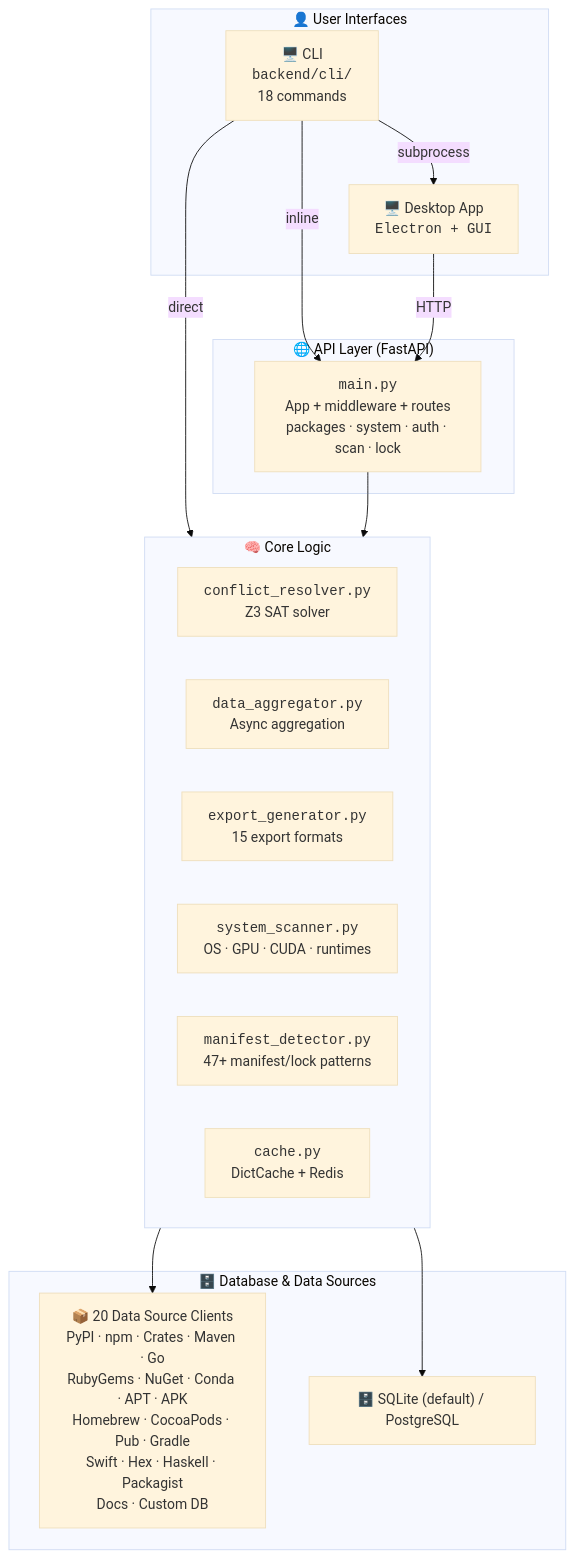
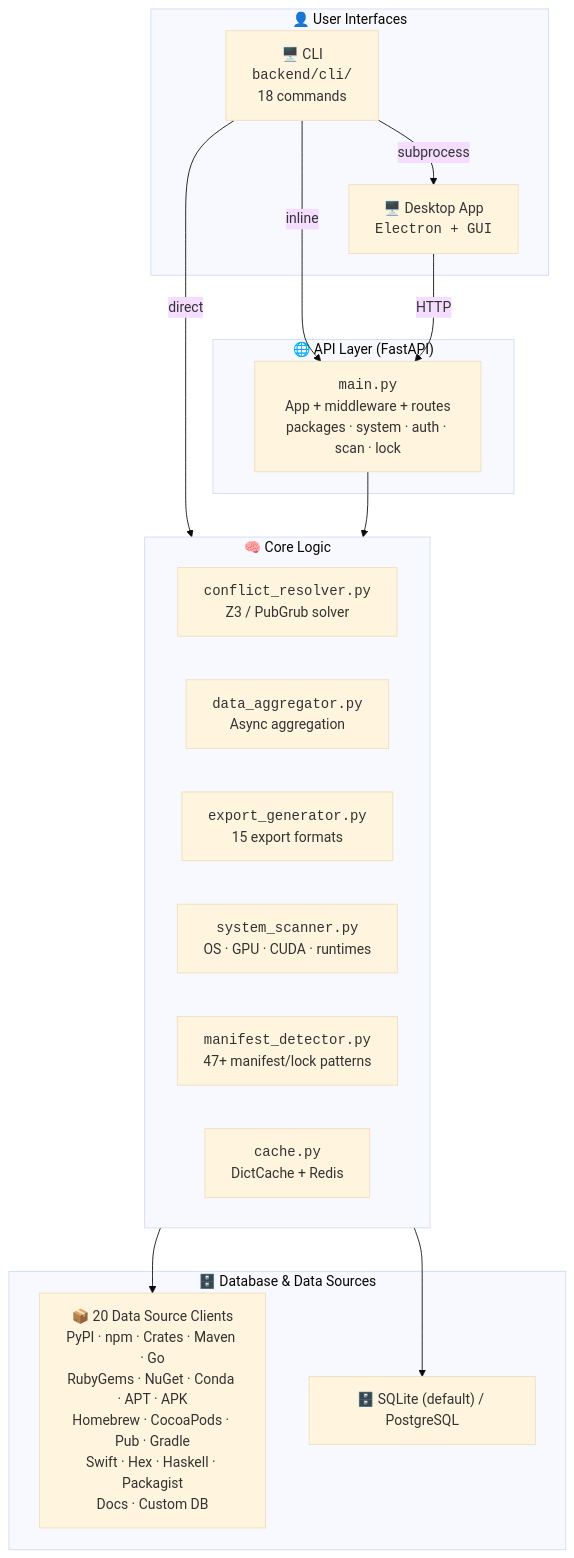
One commit to code-with-zeeshan/universal-dependency-resolver changed the second of 2 diagrams in docs/USER_GUIDE.md. Above: the diagram before and after it, drawn with Mermaid (base theme). The commit also changed other lines of this file and 154 other files, not shown here.

First line of the commit message:
feat: workspace awareness, CVE scanning, license compliance, PubGrub solver, private registry auth

````diff
--- a/docs/USER_GUIDE.md
+++ b/docs/USER_GUIDE.md
@@ -168,33 +168,33 @@
 ```mermaid
 graph TB
     subgraph UserLayer["👤 User Interfaces"]
         CLI["🖥️ CLI<br/><code>backend/cli/</code><br/>18 commands"]
         DESKTOP["🖥️ Desktop App<br/><code>Electron + GUI</code>"]
     end
 
     subgraph APILayer["🌐 API Layer (FastAPI)"]
         API["<code>main.py</code><br/>App + middleware + routes<br/>packages · system · auth · scan · lock"]
     end
 
     subgraph CoreLayer["🧠 Core Logic"]
-        CR["<code>conflict_resolver.py</code><br/>Z3 SAT solver"]
+        CR["<code>conflict_resolver.py</code><br/>Z3 / PubGrub solver"]
         DA["<code>data_aggregator.py</code><br/>Async aggregation"]
         EG["<code>export_generator.py</code><br/>15 export formats"]
         SS["<code>system_scanner.py</code><br/>OS · GPU · CUDA · runtimes"]
         MD["<code>manifest_detector.py</code><br/>47+ manifest/lock patterns"]
         CACHE["<code>cache.py</code><br/>DictCache + Redis"]
     end
 
     subgraph DBLayer["🗄️ Database & Data Sources"]
         DS["📦 20 Data Source Clients<br/>PyPI · npm · Crates · Maven · Go<br/>RubyGems · NuGet · Conda · APT · APK<br/>Homebrew · CocoaPods · Pub · Gradle<br/>Swift · Hex · Haskell · Packagist<br/>Docs · Custom DB"]
         DB["🗄️ SQLite (default) / PostgreSQL"]
     end
 
     CLI -->|"inline"| API
     CLI -->|"direct"| CoreLayer
     CLI -->|"subprocess"| DESKTOP
     DESKTOP -->|"HTTP"| API
     API --> CoreLayer
     CoreLayer --> DS
     CoreLayer --> DB
 ```
````
